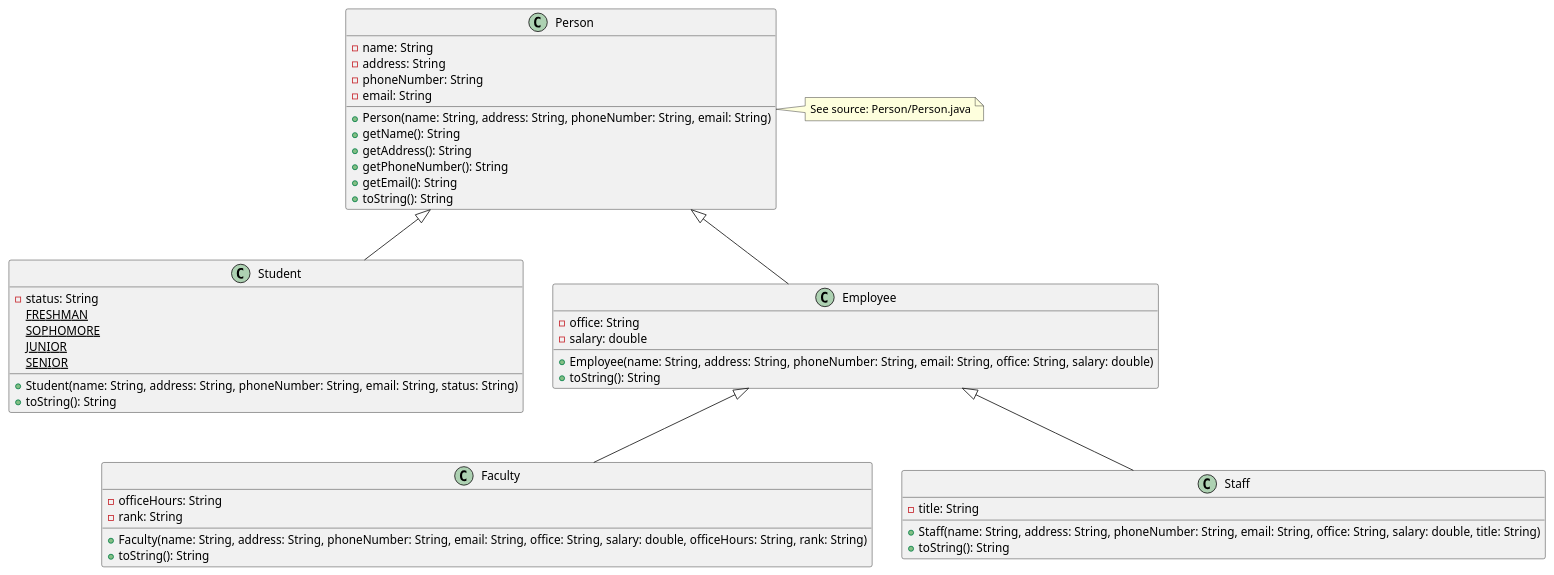
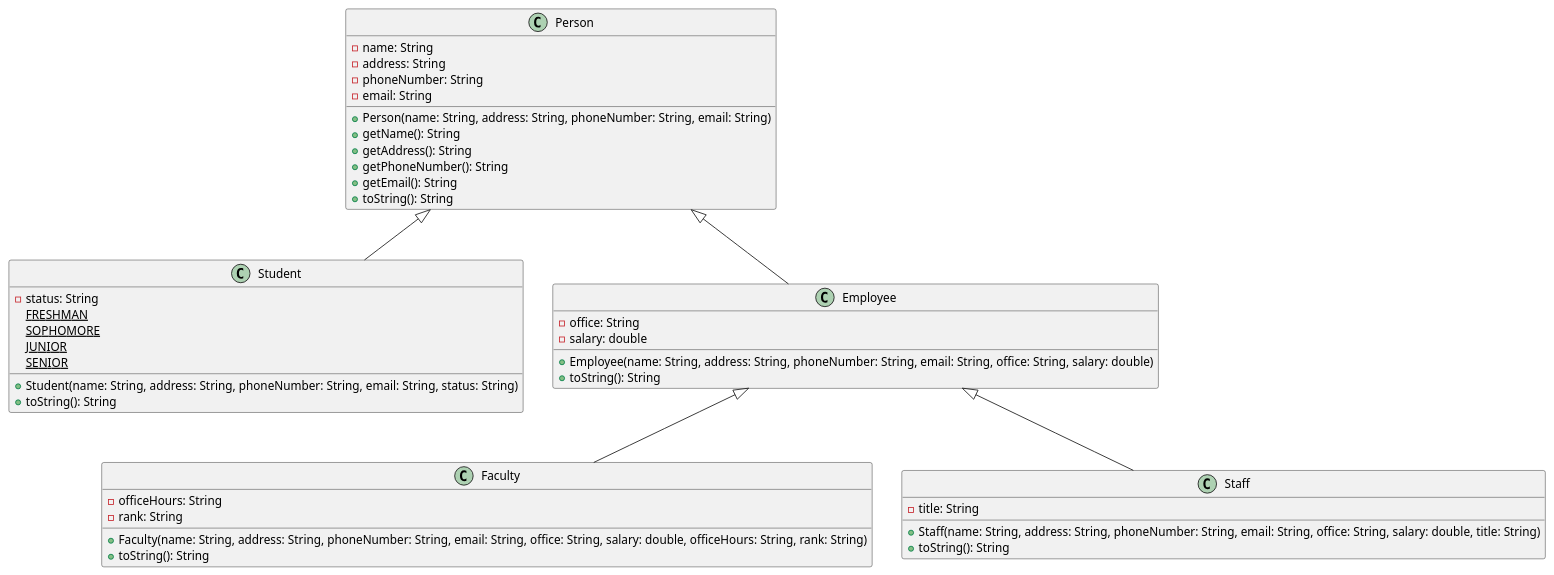
One commit to daydeda/OOP-Lab changed the diagram in LAB06_Inheritance/Person/TestPerson.plantuml. Above: the diagram before and after it, drawn with PlantUML. The commit also changed 4 other files, not shown here.

Commit message:
Add UML .png

```diff
--- a/LAB06_Inheritance/Person/TestPerson.plantuml
+++ b/LAB06_Inheritance/Person/TestPerson.plantuml
@@ -1,60 +1,56 @@
 @startuml PersonPackage
 
 ' Person base class
 class Person {
   - name: String
   - address: String
   - phoneNumber: String
   - email: String
   + Person(name: String, address: String, phoneNumber: String, email: String)
   + getName(): String
   + getAddress(): String
   + getPhoneNumber(): String
   + getEmail(): String
   + toString(): String
 }
 
 ' Student subclass
 class Student {
   - status: String
   + Student(name: String, address: String, phoneNumber: String, email: String, status: String)
   + toString(): String
   {static} FRESHMAN
   {static} SOPHOMORE
   {static} JUNIOR
   {static} SENIOR
 }
 
 ' Employee subclass
 class Employee {
   - office: String
   - salary: double
   + Employee(name: String, address: String, phoneNumber: String, email: String, office: String, salary: double)
   + toString(): String
 }
 
 ' Faculty subclass
 class Faculty {
   - officeHours: String
   - rank: String
   + Faculty(name: String, address: String, phoneNumber: String, email: String, office: String, salary: double, officeHours: String, rank: String)
   + toString(): String
 }
 
 ' Staff subclass
 class Staff {
   - title: String
   + Staff(name: String, address: String, phoneNumber: String, email: String, office: String, salary: double, title: String)
   + toString(): String
 }
 
 Person <|-- Student
 Person <|-- Employee
 Employee <|-- Faculty
 Employee <|-- Staff
 
-note right of Person
-  See source: Person/Person.java
-end note
-
 @enduml
```
